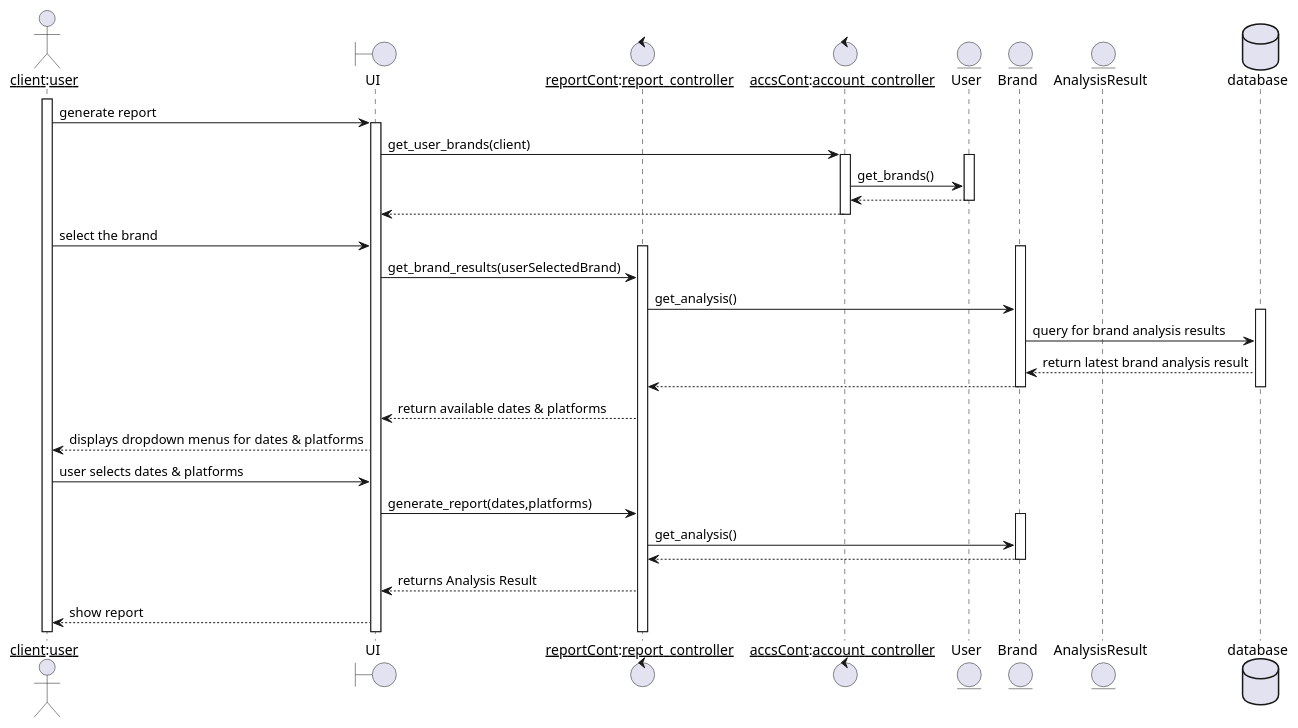
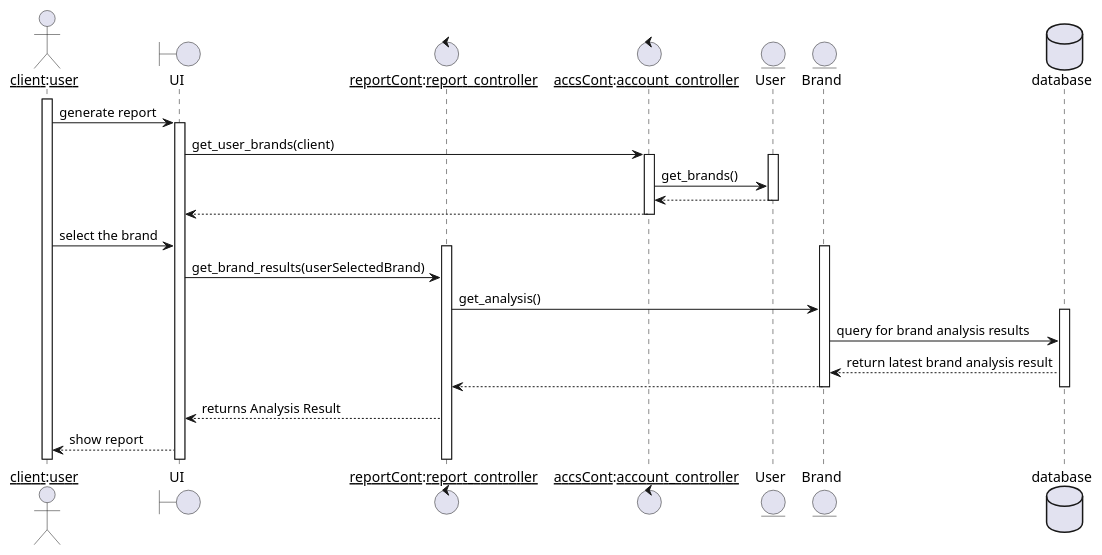
One commit to NadaaSelim/GP changed the diagram in Graphs/sequence_generate_report.puml. Above: the diagram before and after it, drawn with PlantUML. The commit also changed 14 other files, not shown here.

Commit message:
diagrams edits + more webscraping

```diff
--- a/Graphs/sequence_generate_report.puml
+++ b/Graphs/sequence_generate_report.puml
@@ -1,102 +1,101 @@
 @startuml
 actor "__client__:__user__" as client
 boundary UI
 control "__reportCont__:__report_controller__" as RC
 control "__accsCont__:__account_controller__" as AccsC
 entity User
 entity Brand
-entity AnalysisResult
 database database
 /'
   1- user selects generate report 
   2- user selects brand   
   3- UI to RC  
   4- RC to DB fetch data  
   5- RC marks the available dates & platforms from the existing brand analysis result to be sent to UI 
   6- UI displays the dates and platforms included on last brand analysis results 
   7- user selects dates & platforms 
   8- UI -> RC : user's choices 
   9- RC formatts report
   10- RC sends report to UI
   11 - UI displays report to user
 
   2- user enter start and end time  
   3- user select platforms 
   4- UI to RC  
   5- RC to DB fetch data  
   6- RC compares brand latest analysis results with user selected dates & platforms  
    IF DATES AND PLATFORMS ALIGNED WITH USER S CHOICES 
      7- RC formatts report  
      8- RC sends report to UI 
      9- UI shows report to client 
   ELSE  REANALYZE 
     7- RC sends message "" '
 '/
 /'
     restrict dates to be within range of latest brand analysis results on db & restrict platforms
     otherwise user must reanalyze data and redirected to view analytics page
 
     Also how to know platforms and dates the latest web scraping done on?
     By fetching data analysis result?
 '/
 activate client
 client -> UI: generate report
 activate UI
 UI -> AccsC: get_user_brands(client)
 activate AccsC
 
 activate User
 AccsC -> User: get_brands()
 User --> AccsC:
 deactivate User
 AccsC --> UI:
 deactivate AccsC
 UI <- client: select the brand
 activate RC
 activate Brand
 
 UI -> RC : get_brand_results(userSelectedBrand)
 RC -> Brand: get_analysis()
 activate database
 Brand -> database : query for brand analysis results
 
 database --> Brand :return latest brand analysis result
 Brand --> RC : 
 deactivate database
 deactivate Brand
 
-RC --> UI : return available dates & platforms
+/'RC --> UI : return available dates & platforms
 UI --> client: displays dropdown menus for dates & platforms
 client -> UI : user selects dates & platforms
 UI -> RC : generate_report(dates,platforms)
 activate Brand
 RC -> Brand: get_analysis()
 Brand --> RC:
-deactivate Brand
+deactivate Brand'/
 RC --> UI: returns Analysis Result
 UI --> client: show report
 
 /'activate AC
 UI -> AC: getAvailablePlatforms()
 AC -> database: fetch all available platforms
 database --> AC: return all available platform names
 AC --> UI: 
 UI <- client : select platforms
 AC -> Brand: getaltnames()
 Brand--> AC: return brand alt names
 deactivate Brand
 
 activate DC
 AC -> DC : web_scrape(platforms, brand names)
 DC --> AC: returns web scrapping results
 deactivate DC
 AC -> database : adds analysis results
 deactivate database
 AC --> UI : results are ready
 deactivate AC
 UI --> client : display results
 deactivate UI
 deactivate client
 '/
 
 @enduml
```
